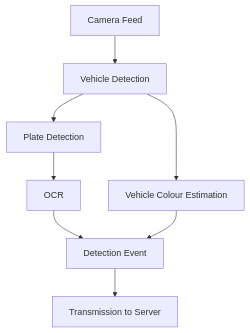
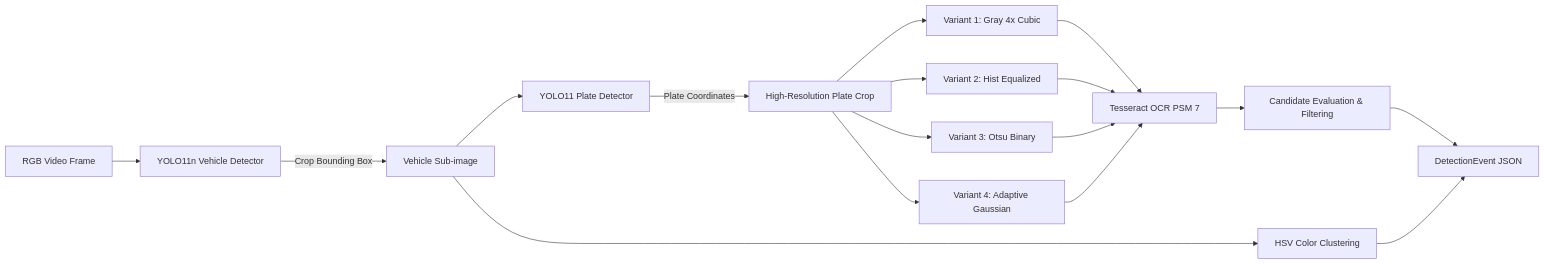
One commit to shriyashthechamp-hash/SIH2026 changed the second of 4 diagrams in README.md. Above: the diagram before and after it, drawn with Mermaid. The commit also changed other lines of this file and 3 other files, not shown here.

````diff
--- a/README.md
+++ b/README.md
@@ -89,10 +272,16 @@
 ```mermaid
-graph TD
-    A[Camera Feed] --> B[Vehicle Detection]
-    B --> C[Plate Detection]
-    C --> D[OCR]
-    B --> E[Vehicle Colour Estimation]
-    D --> F[Detection Event]
-    E --> F
-    F --> G[Transmission to Server]
+flowchart LR
+    A[RGB Video Frame] --> B[YOLO11n Vehicle Detector]
+    B -->|Crop Bounding Box| C[Vehicle Sub-image]
+    C --> D[HSV Color Clustering]
+    C --> E[YOLO11 Plate Detector]
+    E -->|Plate Coordinates| F[High-Resolution Plate Crop]
+    F --> G1[Variant 1: Gray 4x Cubic]
+    F --> G2[Variant 2: Hist Equalized]
+    F --> G3[Variant 3: Otsu Binary]
+    F --> G4[Variant 4: Adaptive Gaussian]
+    G1 & G2 & G3 & G4 --> H[Tesseract OCR PSM 7]
+    H --> I[Candidate Evaluation & Filtering]
+    I --> J[DetectionEvent JSON]
+    D --> J
 ```
````
